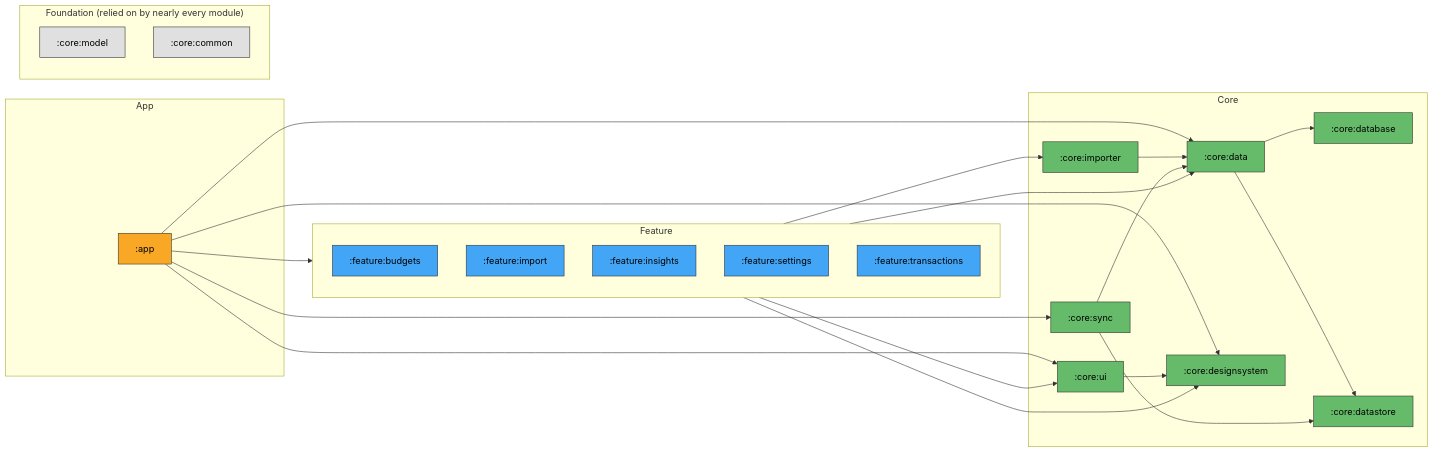
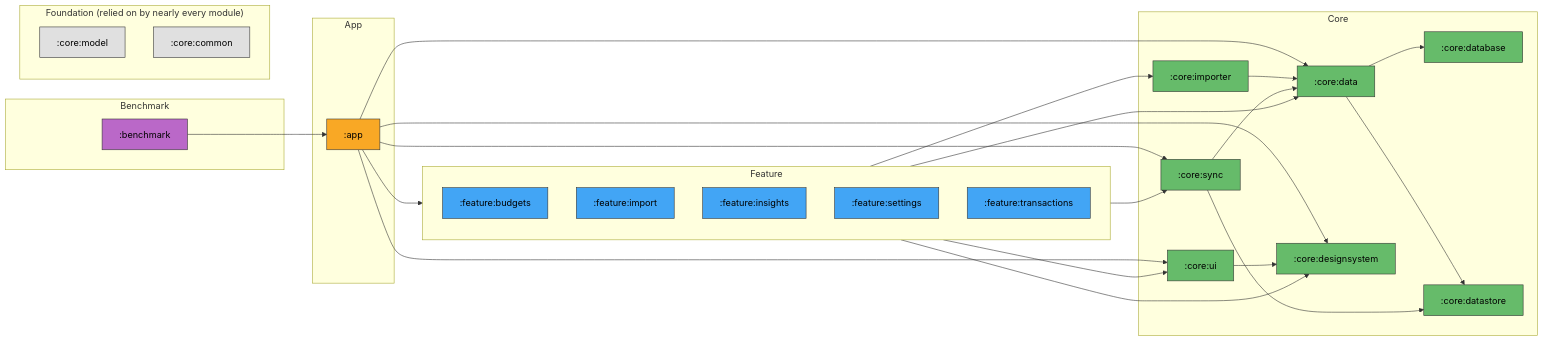
The diagram in README.md (CharanjeevSingh1/bahi), drawn with Mermaid before and after one commit. The commit also changed other lines of this file and 11 other files, not shown here.

````diff
--- a/README.md
+++ b/README.md
@@ -56,47 +56,53 @@
 ```mermaid
 graph LR
     subgraph tier_app[App]
         app[":app"]:::app
+    end
+    subgraph tier_benchmark[Benchmark]
+        benchmark[":benchmark"]:::benchmark
     end
     subgraph tier_feature[Feature]
         feature_budgets[":feature:budgets"]:::feature
         feature_import[":feature:import"]:::feature
         feature_insights[":feature:insights"]:::feature
         feature_settings[":feature:settings"]:::feature
         feature_transactions[":feature:transactions"]:::feature
     end
     subgraph tier_core[Core]
         core_data[":core:data"]:::core
         core_database[":core:database"]:::core
         core_datastore[":core:datastore"]:::core
         core_designsystem[":core:designsystem"]:::core
         core_importer[":core:importer"]:::core
         core_sync[":core:sync"]:::core
         core_ui[":core:ui"]:::core
     end
     subgraph tier_foundation["Foundation (relied on by nearly every module)"]
         core_model[":core:model"]:::foundation
         core_common[":core:common"]:::foundation
     end
 
+    benchmark --> app
     app --> tier_feature
     app --> core_data
     app --> core_designsystem
     app --> core_sync
     app --> core_ui
     tier_feature --> core_data
     tier_feature --> core_designsystem
     tier_feature --> core_importer
+    tier_feature --> core_sync
     tier_feature --> core_ui
     core_data --> core_database
     core_data --> core_datastore
     core_importer --> core_data
     core_sync --> core_data
     core_sync --> core_datastore
     core_ui --> core_designsystem
 
     classDef app fill:#f9a825,stroke:#333,color:#000
     classDef feature fill:#42a5f5,stroke:#333,color:#000
     classDef core fill:#66bb6a,stroke:#333,color:#000
+    classDef benchmark fill:#ba68c8,stroke:#333,color:#000
     classDef foundation fill:#e0e0e0,stroke:#333,color:#000
 ```
````
